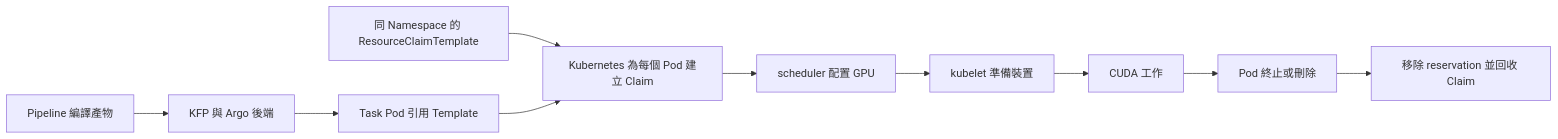
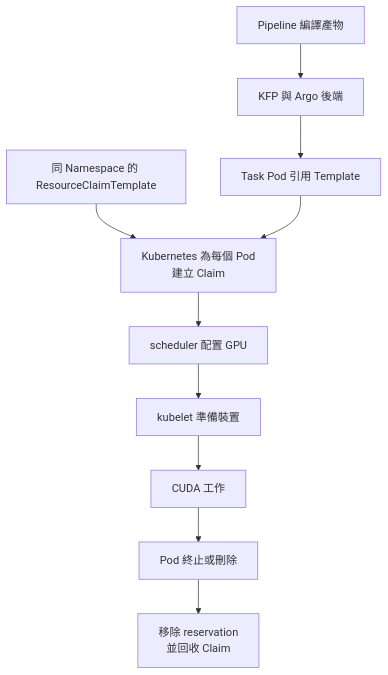
Before and after one commit to Daniel77871/dra-gpu-sharing-in-practice: the first of 2 diagrams in book/06-heterogeneous/kubeflow.md, drawn with Mermaid. The commit also changed 15 other files, not shown here.

First line of the commit message:
Fit wide Mermaid diagrams to the GitHub page width

````diff
--- a/book/06-heterogeneous/kubeflow.md
+++ b/book/06-heterogeneous/kubeflow.md
@@ -11,12 +11,12 @@
 ```mermaid
-flowchart LR
+flowchart TB
     P["Pipeline 編譯產物"] --> B["KFP 與 Argo 後端"]
     B --> T["Task Pod 引用 Template"]
-    R["同 Namespace 的 ResourceClaimTemplate"] --> C["Kubernetes 為每個 Pod 建立 Claim"]
+    R["同 Namespace 的 ResourceClaimTemplate"] --> C["Kubernetes 為每個 Pod<br/>建立 Claim"]
     T --> C
     C --> S["scheduler 配置 GPU"]
     S --> K["kubelet 準備裝置"]
     K --> W["CUDA 工作"]
     W --> E["Pod 終止或刪除"]
-    E --> F["移除 reservation 並回收 Claim"]
+    E --> F["移除 reservation<br/>並回收 Claim"]
 ```
````
